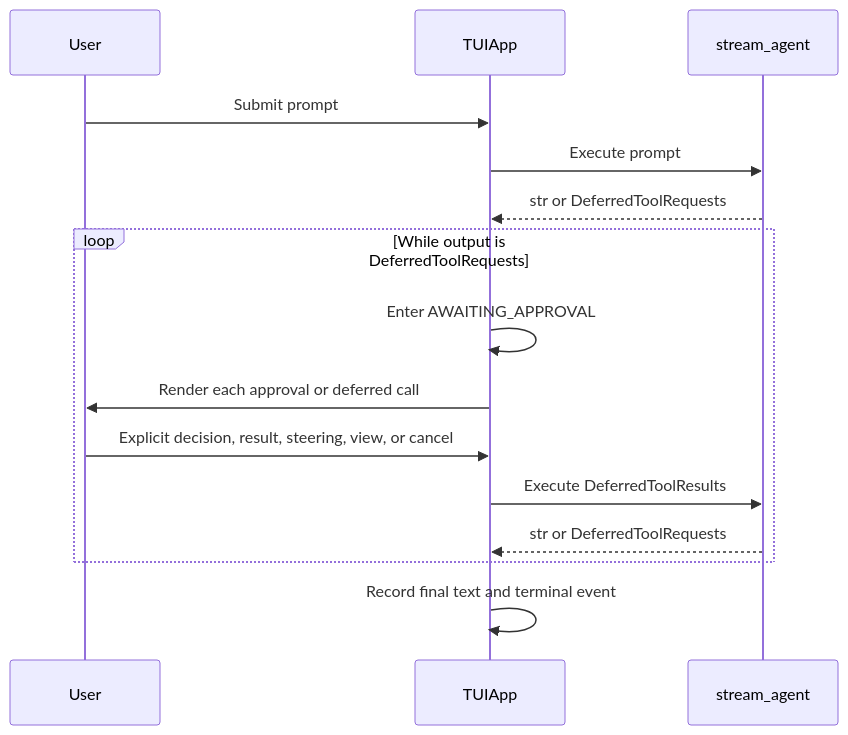
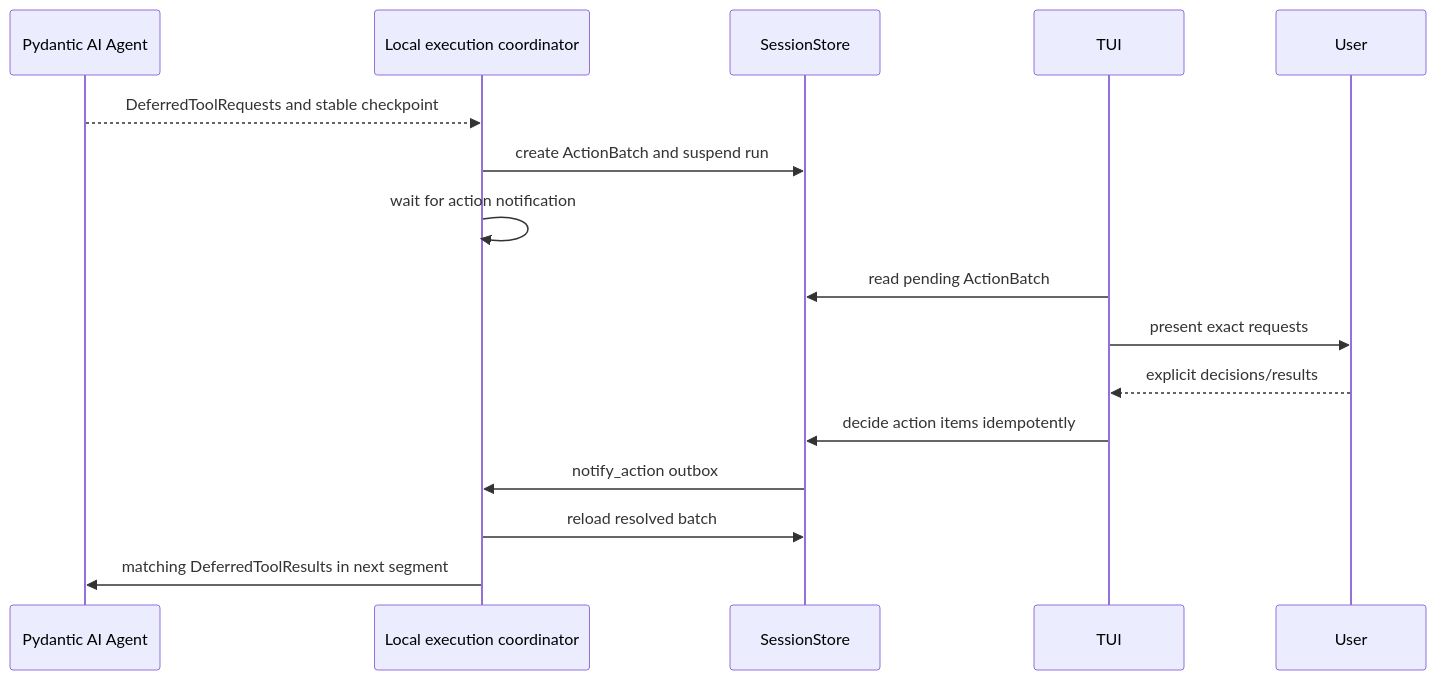
Before and after one commit to Wh1isper/ya-agent-sdk: the diagram in packages/yaacli/spec/08-hitl.md, drawn with Mermaid. The commit also changed other lines of this file and 446 other files, not shown here.

````diff
--- a/packages/yaacli/spec/08-hitl.md
+++ b/packages/yaacli/spec/08-hitl.md
@@ -33,20 +33,19 @@
 ```mermaid
 sequenceDiagram
+    participant Agent as Pydantic AI Agent
+    participant Coordinator as Local execution coordinator
+    participant Store as SessionStore
+    participant TUI
     participant User
-    participant TUI as TUIApp
-    participant Agent as stream_agent
 
-    User->>TUI: Submit prompt
-    TUI->>Agent: Execute prompt
-    Agent-->>TUI: str or DeferredToolRequests
-
-    loop While output is DeferredToolRequests
-        TUI->>TUI: Enter AWAITING_APPROVAL
-        TUI->>User: Render each approval or deferred call
-        User->>TUI: Explicit decision, result, steering, view, or cancel
-        TUI->>Agent: Execute DeferredToolResults
-        Agent-->>TUI: str or DeferredToolRequests
-    end
-
-    TUI->>TUI: Record final text and terminal event
+    Agent-->>Coordinator: DeferredToolRequests and stable checkpoint
+    Coordinator->>Store: create ActionBatch and suspend run
+    Coordinator->>Coordinator: wait for action notification
+    TUI->>Store: read pending ActionBatch
+    TUI->>User: present exact requests
+    User-->>TUI: explicit decisions/results
+    TUI->>Store: decide action items idempotently
+    Store->>Coordinator: notify_action outbox
+    Coordinator->>Store: reload resolved batch
+    Coordinator->>Agent: matching DeferredToolResults in next segment
 ```
````
